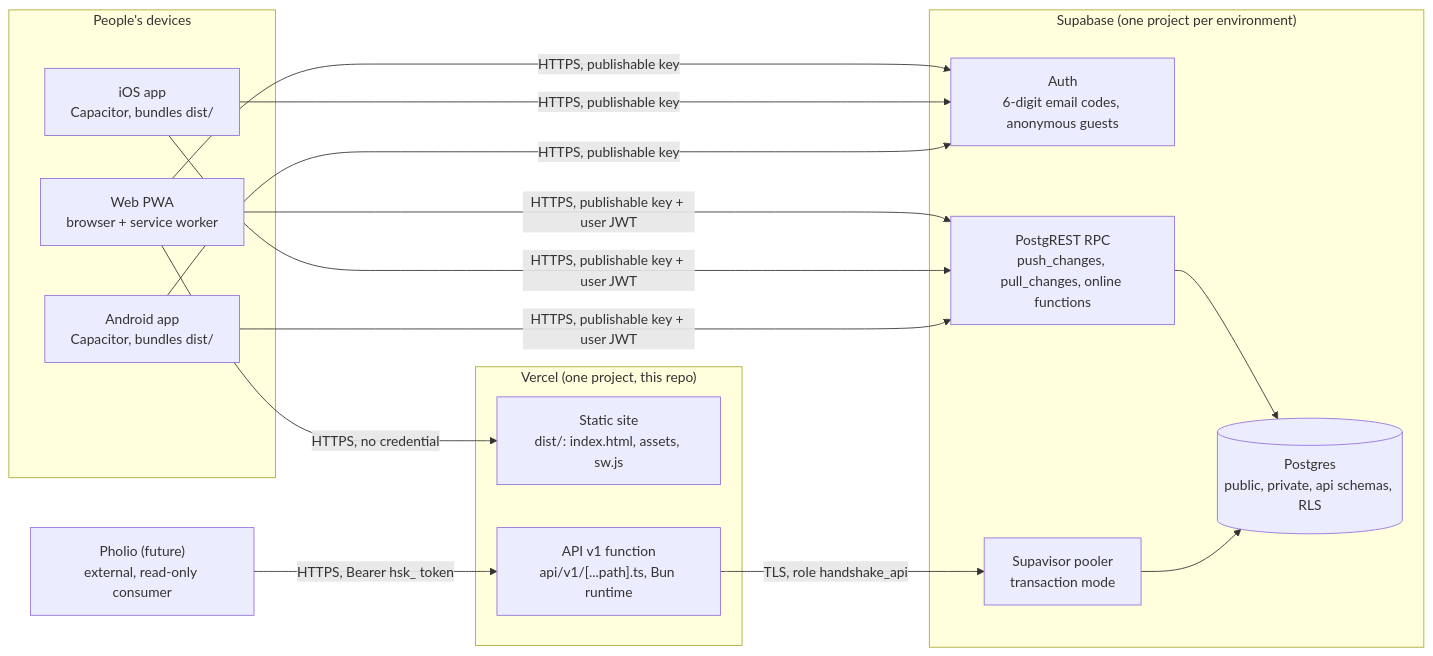
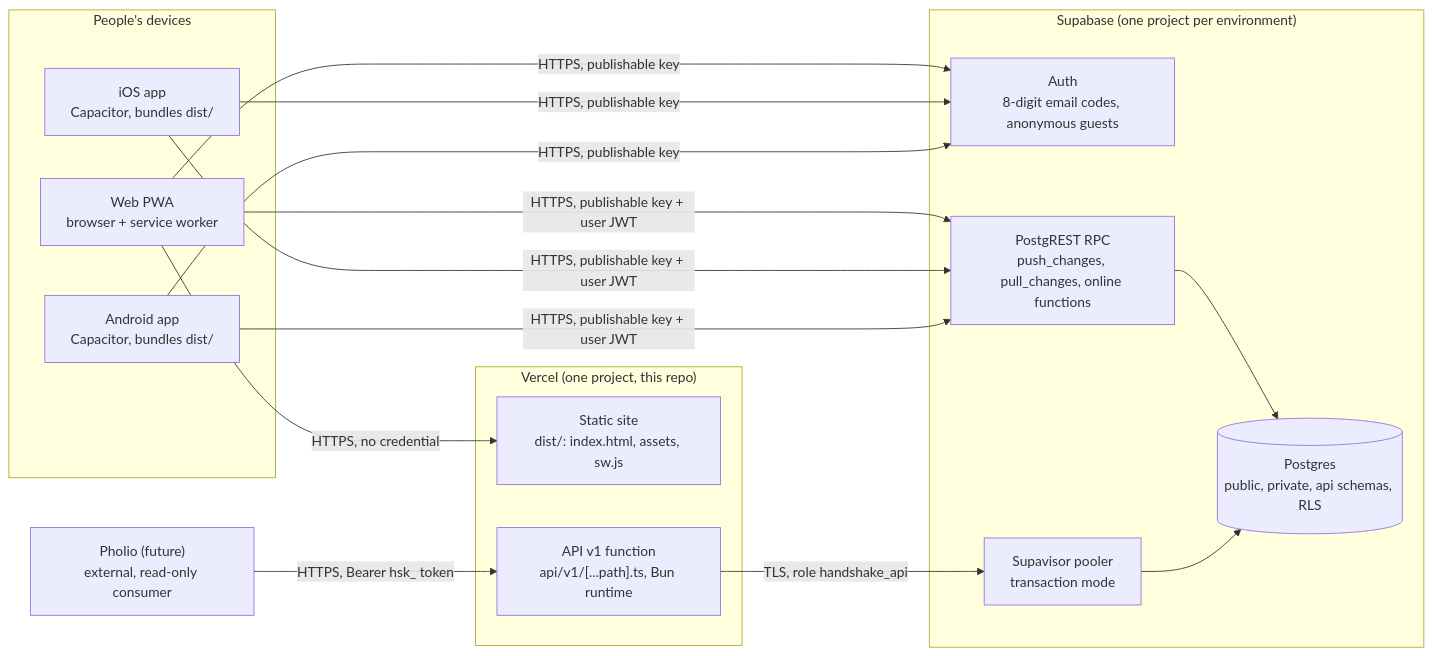
One commit to alfredmjz/handshake changed the first of 5 diagrams in docs/architecture.md. Above: the diagram before and after it, drawn with Mermaid. The commit also changed other lines of this file and 20 other files, not shown here.

First line of the commit message:
Sign-in: 8-digit codes, a sign-in button in the email, and resend

````diff
--- a/docs/architecture.md
+++ b/docs/architecture.md
@@ -42,26 +42,26 @@
 ```mermaid
 flowchart LR
 	subgraph devices["People's devices"]
 		PWA["Web PWA<br/>browser + service worker"]
 		IOS["iOS app<br/>Capacitor, bundles dist/"]
 		AND["Android app<br/>Capacitor, bundles dist/"]
 	end
 	subgraph vercel["Vercel (one project, this repo)"]
 		STATIC["Static site<br/>dist/: index.html, assets, sw.js"]
 		API["API v1 function<br/>api/v1/[...path].ts, Bun runtime"]
 	end
 	subgraph supabase["Supabase (one project per environment)"]
-		AUTH["Auth<br/>6-digit email codes, anonymous guests"]
+		AUTH["Auth<br/>8-digit email codes, anonymous guests"]
 		REST["PostgREST RPC<br/>push_changes, pull_changes, online functions"]
 		POOL["Supavisor pooler<br/>transaction mode"]
 		PG[("Postgres<br/>public, private, api schemas, RLS")]
 	end
 	PHOLIO["Pholio (future)<br/>external, read-only consumer"]
 
 	PWA -- "HTTPS, no credential" --> STATIC
 	PWA & IOS & AND -- "HTTPS, publishable key" --> AUTH
 	PWA & IOS & AND -- "HTTPS, publishable key + user JWT" --> REST
 	REST --> PG
 	PHOLIO -- "HTTPS, Bearer hsk_ token" --> API
 	API -- "TLS, role handshake_api" --> POOL --> PG
 ```
````
